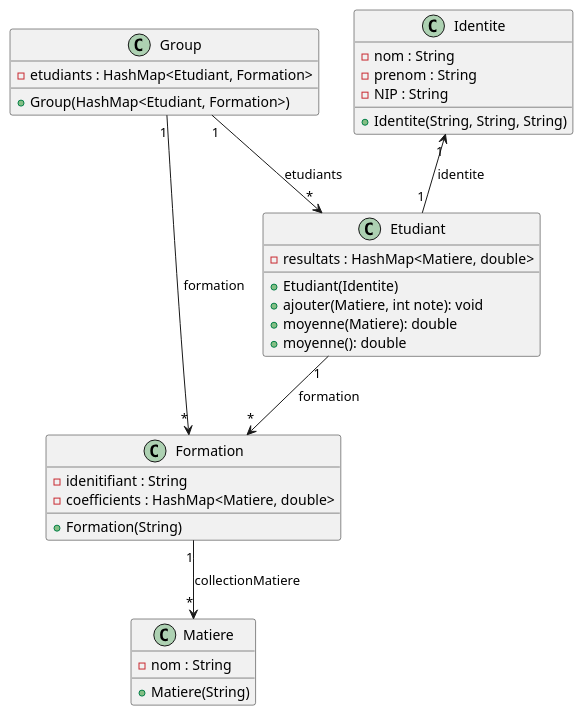
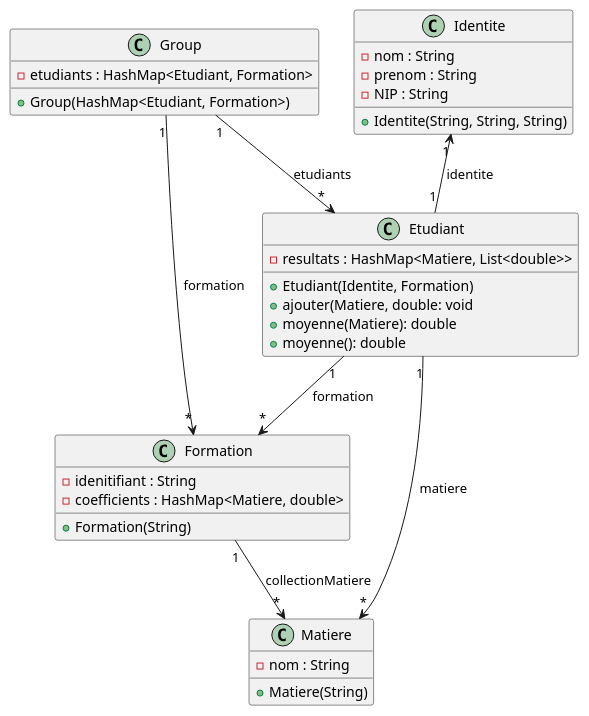
Before and after one commit to AssalHugo/TP2Exo3: the diagram in TP2Exo3/Diagramme_De_Classe.puml, drawn with PlantUML. The commit also changed 1 other file, not shown here.

Commit message:
Modifications de Etudiant

```diff
--- a/TP2Exo3/Diagramme_De_Classe.puml
+++ b/TP2Exo3/Diagramme_De_Classe.puml
@@ -1,41 +1,42 @@
 @startuml
 'https://plantuml.com/class-diagram
 
 class Etudiant{
- - resultats : HashMap<Matiere, double>
-    + Etudiant(Identite)
-    + ajouter(Matiere, int note): void
+ - resultats : HashMap<Matiere, List<double>>
+    + Etudiant(Identite, Formation)
+    + ajouter(Matiere, double: void
     + moyenne(Matiere): double
     + moyenne(): double
 }
 
 class Identite{
  - nom : String
  - prenom : String
  - NIP : String
     + Identite(String, String, String)
 }
 
 class Formation{
 - idenitifiant : String
 - coefficients : HashMap<Matiere, double>
     + Formation(String)
 }
 
 class Matiere{
  - nom : String
     + Matiere(String)
 }
 
 class Group{
 - etudiants : HashMap<Etudiant, Formation>
     + Group(HashMap<Etudiant, Formation>)
 }
 
 Identite "1" <-- "1" Etudiant : identite
 Etudiant "1" --> "*" Formation : formation
+Etudiant "1" --> "*" Matiere : matiere
 Formation "1" --> "*" Matiere : collectionMatiere
 Group  "1" --> "*" Formation : formation
 Group  "1" --> "*" Etudiant : etudiants
 
 @enduml
```
